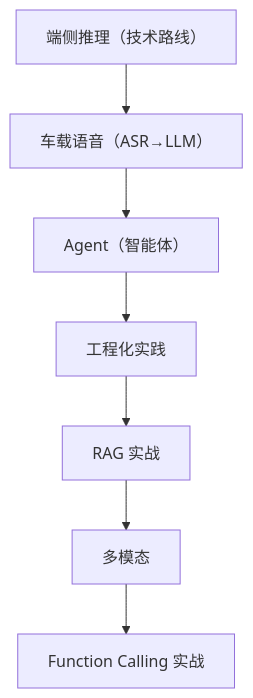
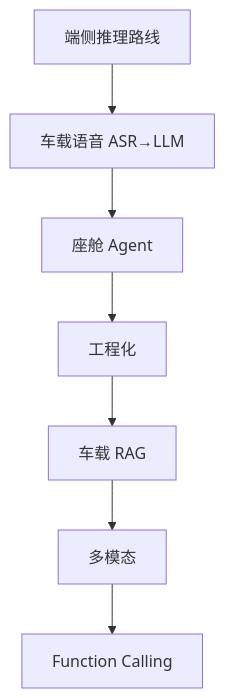
One commit to jason5200/jason5200.github.io changed the diagram in series/ai.md. Above: the diagram before and after it, drawn with Mermaid. The commit also changed other lines of this file and 7 other files, not shown here.

````diff
--- a/series/ai.md
+++ b/series/ai.md
@@ -9,9 +11,9 @@
 ```mermaid
 flowchart TB
-    A["端侧推理（技术路线）"] --> B["车载语音（ASR→LLM）"]
-    B --> C["Agent（智能体）"]
-    C --> D["工程化实践"]
-    D --> E["RAG 实战"]
+    A["端侧推理路线"] --> B["车载语音 ASR→LLM"]
+    B --> C["座舱 Agent"]
+    C --> D["工程化"]
+    D --> E["车载 RAG"]
     E --> F["多模态"]
-    F --> G["Function Calling 实战"]
+    F --> G["Function Calling"]
 ```
````
